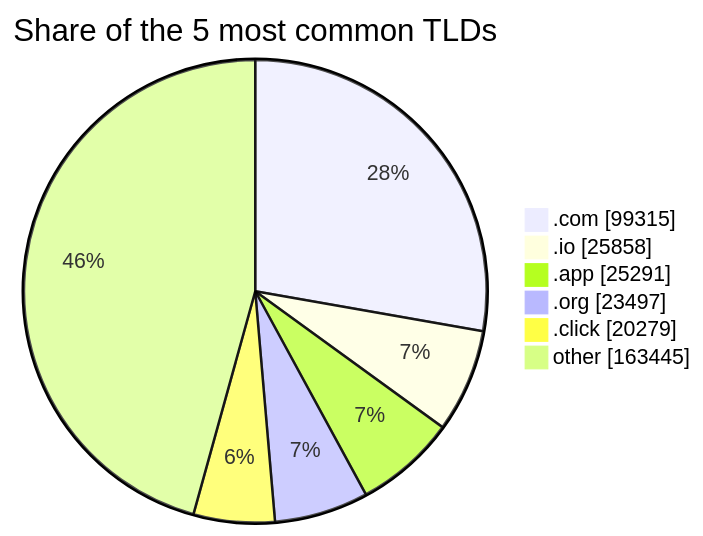
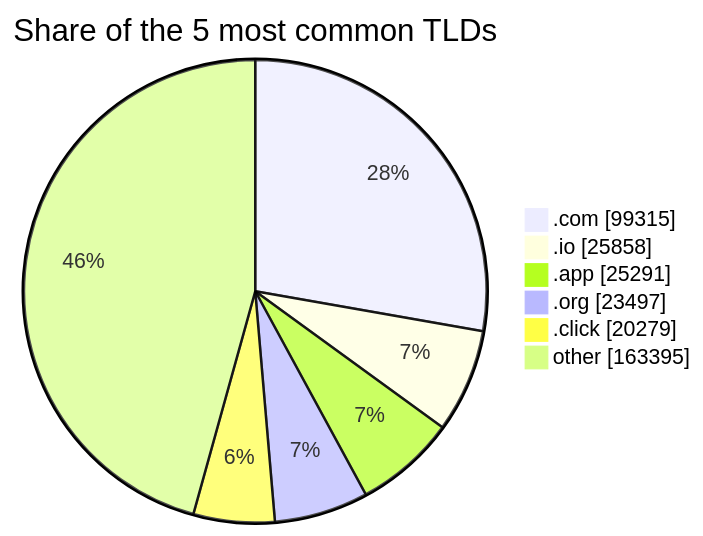
One commit to DNSBunker/CTI changed the third of 3 diagrams in README.md. Above: the diagram before and after it, drawn with Mermaid. The commit also changed other lines of this file and 3 other files, not shown here.

````diff
--- a/README.md
+++ b/README.md
@@ -81,9 +81,9 @@
 ```mermaid
 pie showData title Share of the 5 most common TLDs
     ".com" : 99315
     ".io" : 25858
     ".app" : 25291
     ".org" : 23497
     ".click" : 20279
-    "other" : 163445
+    "other" : 163395
 ```
````
